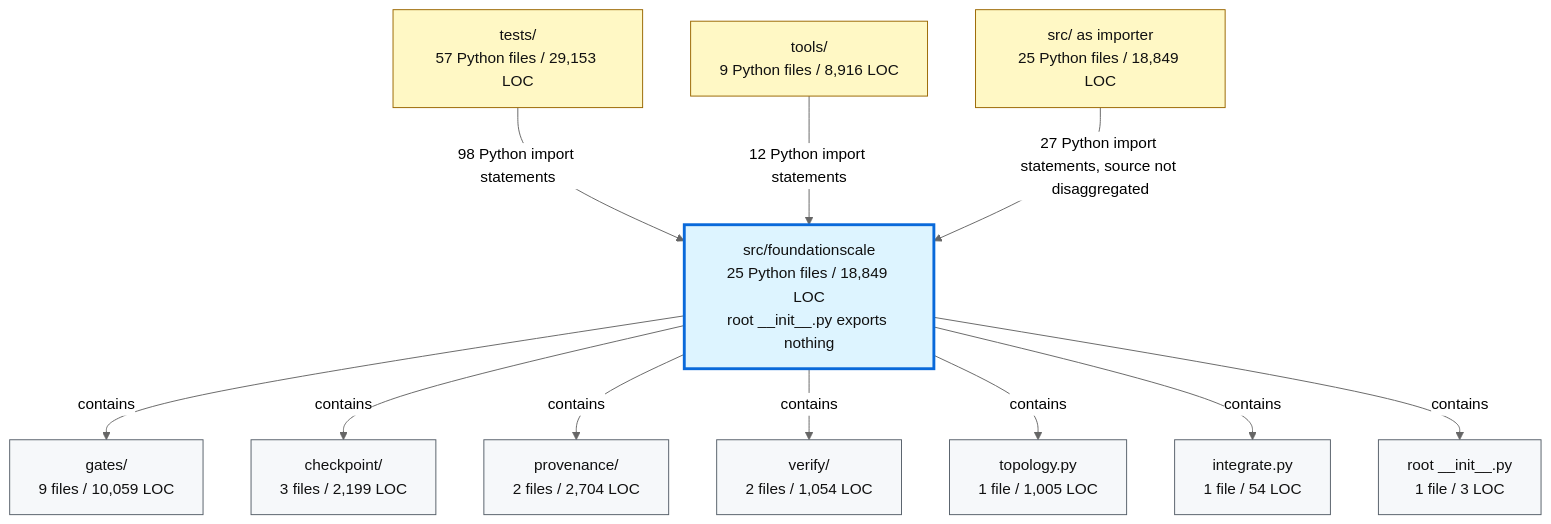
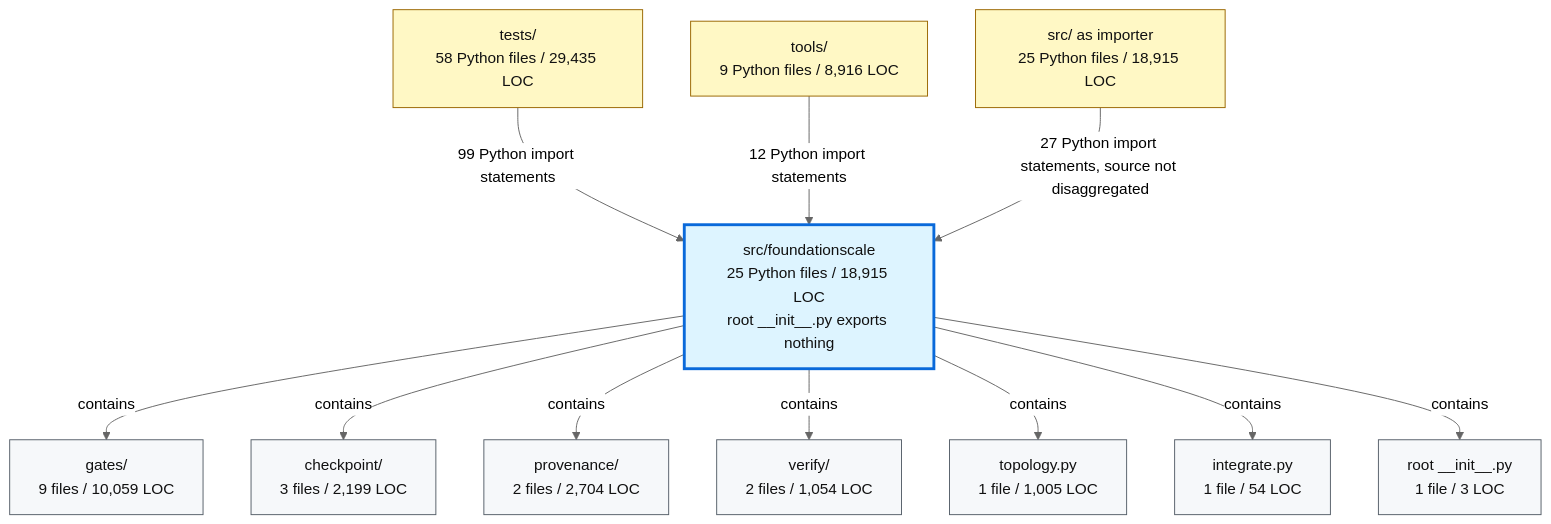
One commit to TranNhiem/FoundationScale changed the second of 2 diagrams in docs/review/D2_current_architecture.md. Above: the diagram before and after it, drawn with Mermaid (neutral theme). The commit also changed other lines of this file and 11 other files, not shown here.

First line of the commit message:
Package front door: one lazy import surface for foundationscale

````diff
--- a/docs/review/D2_current_architecture.md
+++ b/docs/review/D2_current_architecture.md
@@ -97,36 +97,36 @@
 ```mermaid
 flowchart TB
-  TESTS["tests/<br/>57 Python files / 29,153 LOC"]
+  TESTS["tests/<br/>58 Python files / 29,435 LOC"]
   TOOLS["tools/<br/>9 Python files / 8,916 LOC"]
-  SRC["src/ as importer<br/>25 Python files / 18,849 LOC"]
+  SRC["src/ as importer<br/>25 Python files / 18,915 LOC"]
 
-  FS["src/foundationscale<br/>25 Python files / 18,849 LOC<br/>root __init__.py exports nothing"]
+  FS["src/foundationscale<br/>25 Python files / 18,915 LOC<br/>root __init__.py exports nothing"]
 
   GATES["gates/<br/>9 files / 10,059 LOC"]
   CKPT["checkpoint/<br/>3 files / 2,199 LOC"]
   PROV["provenance/<br/>2 files / 2,704 LOC"]
   VERIFY["verify/<br/>2 files / 1,054 LOC"]
   TOPO["topology.py<br/>1 file / 1,005 LOC"]
   INTEG["integrate.py<br/>1 file / 54 LOC"]
   ROOT["root __init__.py<br/>1 file / 3 LOC"]
 
-  TESTS -->|"98 Python import statements"| FS
+  TESTS -->|"99 Python import statements"| FS
   TOOLS -->|"12 Python import statements"| FS
   SRC -->|"27 Python import statements, source not disaggregated"| FS
 
   FS -->|"contains"| GATES
   FS -->|"contains"| CKPT
   FS -->|"contains"| PROV
   FS -->|"contains"| VERIFY
   FS -->|"contains"| TOPO
   FS -->|"contains"| INTEG
   FS -->|"contains"| ROOT
 
   classDef consumer fill:#fff8c5,stroke:#9a6700,color:#111;
   classDef package fill:#ddf4ff,stroke:#0969da,stroke-width:3px,color:#111;
   classDef module fill:#f6f8fa,stroke:#57606a,color:#111;
 
   class TESTS,TOOLS,SRC consumer;
   class FS package;
   class GATES,CKPT,PROV,VERIFY,TOPO,INTEG,ROOT module;
 ```
````
